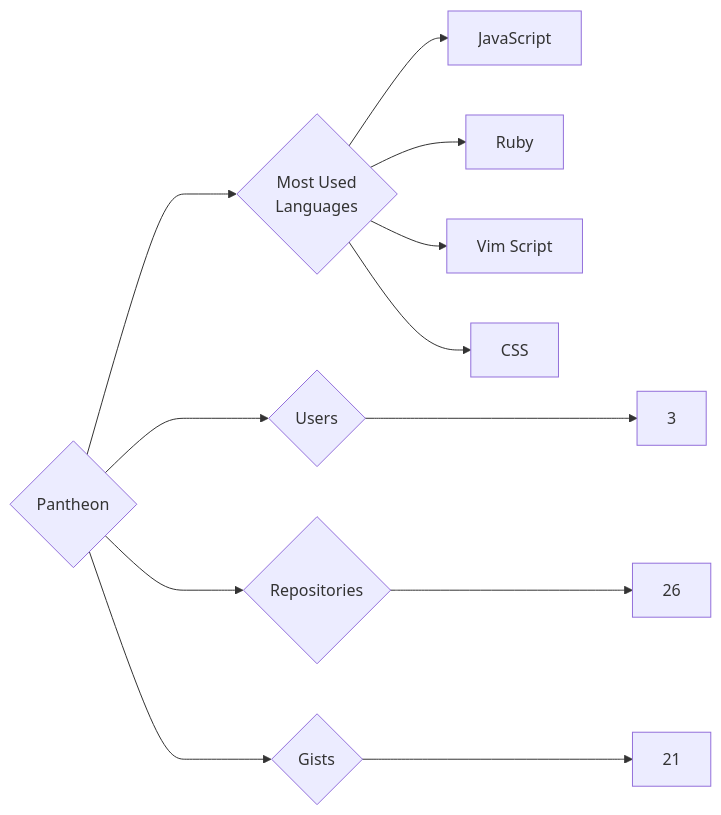
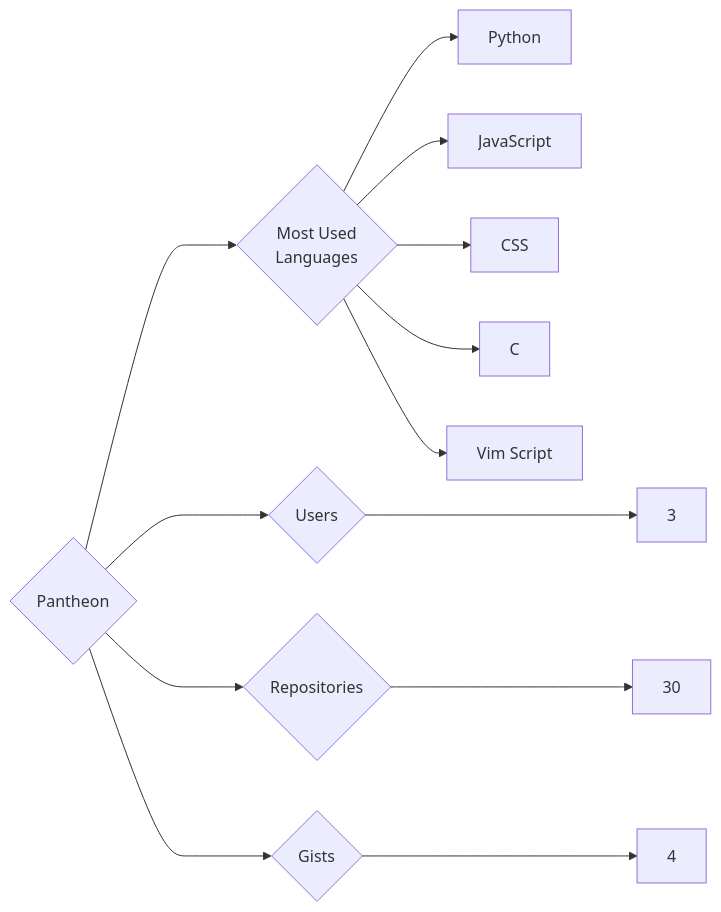
The diagram in targets/Pantheon/README.md (trickest/insiders), drawn with Mermaid before and after one commit. The commit also changed 1389 other files, not shown here.

````diff
--- a/targets/Pantheon/README.md
+++ b/targets/Pantheon/README.md
@@ -3,12 +3,13 @@
 ```mermaid
 graph LR
 COMPANY_NAME{Pantheon}
 COMPANY_NAME ---> U{Users} ---> UN[3]
-COMPANY_NAME ---> R{Repositories} ---> RN[26]
-COMPANY_NAME ---> G{Gists} ---> GN[21]
+COMPANY_NAME ---> R{Repositories} ---> RN[30]
+COMPANY_NAME ---> G{Gists} ---> GN[4]
 COMPANY_NAME ---> ML{Most Used<br>Languages}
+ML --> Python[Python]
 ML --> JavaScript[JavaScript]
-ML --> Ruby[Ruby]
+ML --> CSS[CSS]
+ML --> C[C]
 ML --> Vim_Script[Vim Script]
-ML --> CSS[CSS]
 ```
````
